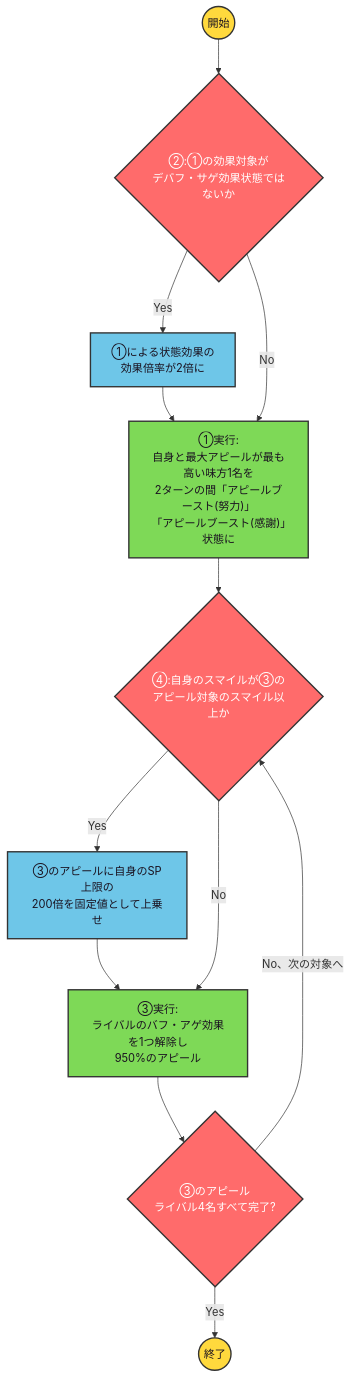
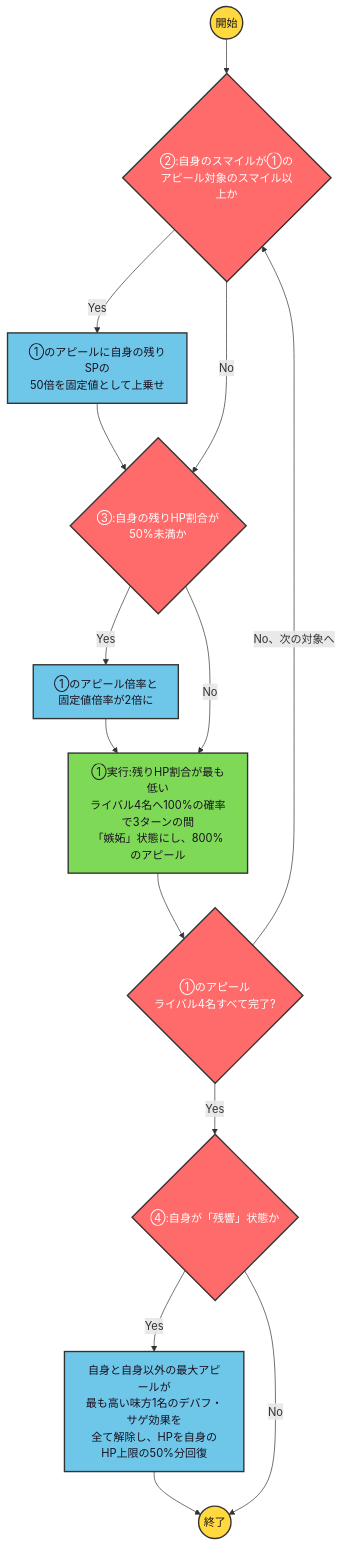
One commit to ryomochi0918/nogifra-characters changed the diagram in data/kawasaki_sakura/13thbasura_c_skill1.mmd. Above: the diagram before and after it, drawn with Mermaid. The commit also changed 19 other files, not shown here.

```diff
--- a/data/kawasaki_sakura/13thbasura_c_skill1.mmd
+++ b/data/kawasaki_sakura/13thbasura_c_skill1.mmd
@@ -1,15 +1,16 @@
 flowchart TD
     classDef startend fill:#FFD93D,stroke:#333,stroke-width:2px,color:#1a1220;
     classDef cond fill:#FF6B6B,stroke:#333,stroke-width:2px,color:#ffffff;
     classDef effect fill:#6EC6E8,stroke:#333,stroke-width:2px,color:#1a1220;
     classDef action fill:#7ED957,stroke:#333,stroke-width:2px,color:#1a1220;
 
-    start(("開始")):::startend --> c2{"②:①の効果対象が<br/>デバフ・サゲ効果状態ではないか"}:::cond
-    c2 -->|"Yes"| e2["①による状態効果の<br/>効果倍率が2倍に"]:::effect --> a1
-    c2 -->|"No"| a1["①実行:<br/>自身と最大アピールが最も高い味方1名を<br/>2ターンの間「アピールブースト(努力)」<br/>「アピールブースト(感謝)」状態に"]:::action
-    a1 --> c4{"④:自身のスマイルが③の<br/>アピール対象のスマイル以上か"}:::cond
-    c4 -->|"Yes"| e4["③のアピールに自身のSP上限の<br/>200倍を固定値として上乗せ"]:::effect --> a3
-    c4 -->|"No"| a3["③実行:<br/>ライバルのバフ・アゲ効果を1つ解除し<br/>950%のアピール"]:::action
-    a3 --> lc{"③のアピール<br/>ライバル4名すべて完了?"}:::cond
-    lc -->|"No、次の対象へ"| c4
-    lc -->|"Yes"| finish(("終了")):::startend
+    start(("開始")):::startend --> c2{"②:自身のスマイルが①の<br/>アピール対象のスマイル以上か"}:::cond
+    c2 -->|"Yes"| e2["①のアピールに自身の残りSPの<br/>50倍を固定値として上乗せ"]:::effect --> c3
+    c2 -->|"No"| c3{"③:自身の残りHP割合が<br/>50%未満か"}:::cond
+    c3 -->|"Yes"| e3["①のアピール倍率と<br/>固定値倍率が2倍に"]:::effect --> a1
+    c3 -->|"No"| a1["①実行:残りHP割合が最も低い<br/>ライバル4名へ100%の確率で3ターンの間<br/>「嫉妬」状態にし、800%のアピール"]:::action
+    a1 --> lc1{"①のアピール<br/>ライバル4名すべて完了?"}:::cond
+    lc1 -->|"No、次の対象へ"| c2
+    lc1 -->|"Yes"| c4{"④:自身が「残響」状態か"}:::cond
+    c4 -->|"Yes"| e4["自身と自身以外の最大アピールが<br/>最も高い味方1名のデバフ・サゲ効果を<br/>全て解除し、HPを自身のHP上限の50%分回復"]:::effect --> finish(("終了")):::startend
+    c4 -->|"No"| finish
```
